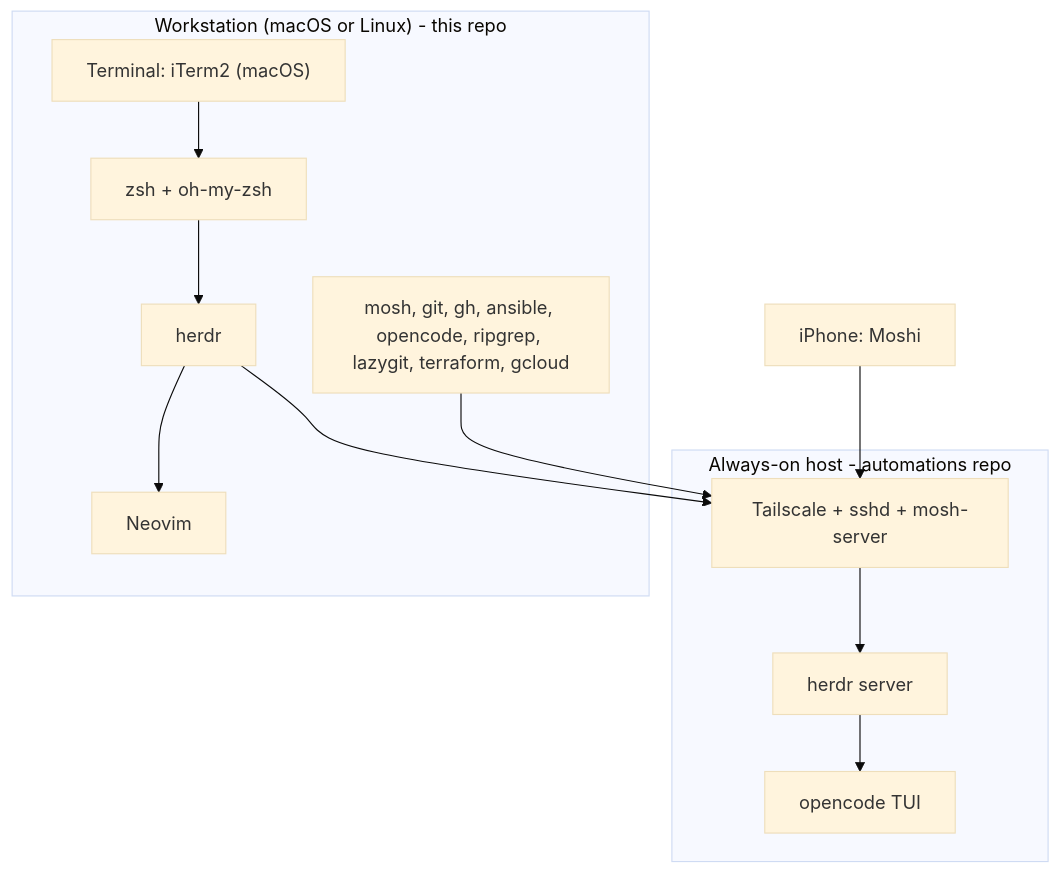
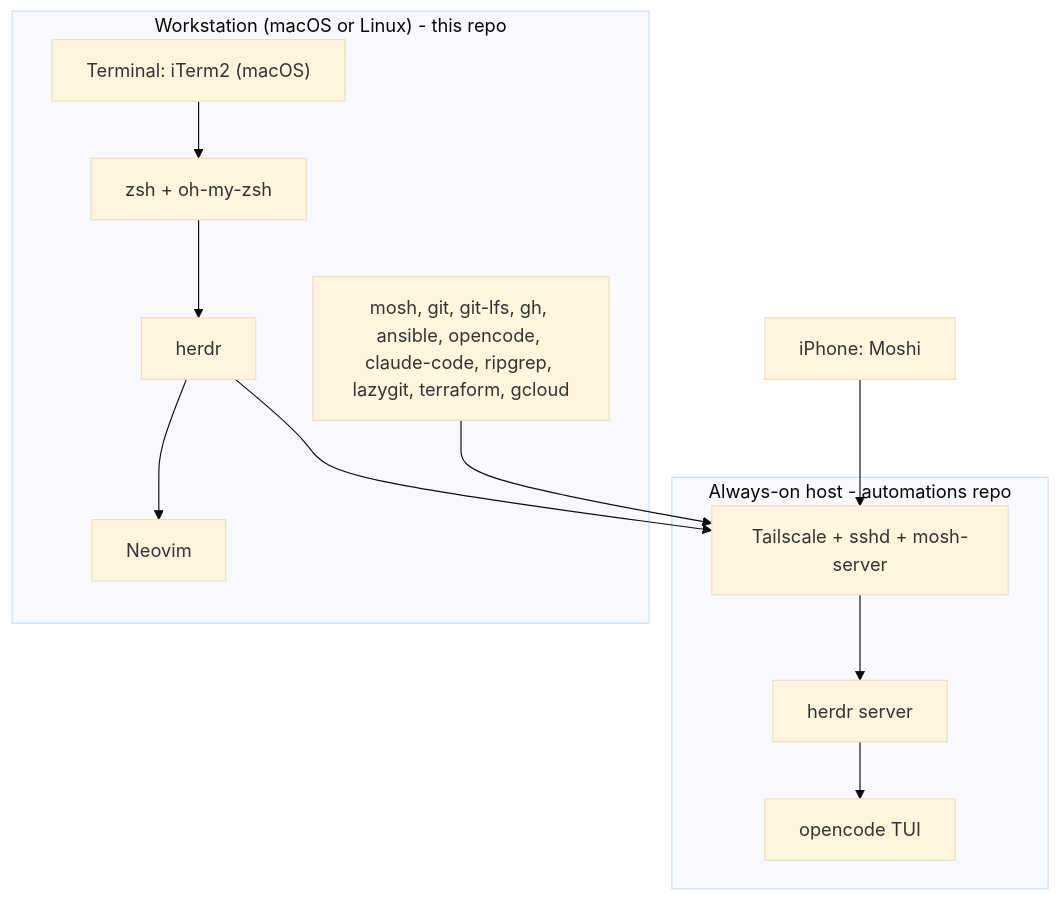
The diagram in docs/architecture.md (jkamenik/tui-ide), drawn with Mermaid (base theme) before and after one commit. The commit also changed 4 other files, not shown here.

First line of the commit message:
Add git-lfs and Claude Code, harden the installer

````diff
--- a/docs/architecture.md
+++ b/docs/architecture.md
@@ -21,26 +21,26 @@
 ```mermaid
 flowchart TB
     subgraph Workstation["Workstation (macOS or Linux) - this repo"]
         Term["Terminal: iTerm2 (macOS)"]
         Shell["zsh + oh-my-zsh"]
         Mux["herdr"]
         Edit["Neovim"]
-        Tools["mosh, git, gh, ansible, opencode, ripgrep, lazygit, terraform, gcloud"]
+        Tools["mosh, git, git-lfs, gh, ansible, opencode, claude-code, ripgrep, lazygit, terraform, gcloud"]
     end
 
     subgraph Remote["Always-on host - automations repo"]
         TSNet["Tailscale + sshd + mosh-server"]
         Hmux["herdr server"]
         Agent["opencode TUI"]
     end
 
     IOS["iPhone: Moshi"]
 
     Term --> Shell --> Mux
     Mux --> Edit
     Mux --> TSNet
     Tools --> TSNet
     IOS --> TSNet
     TSNet --> Hmux
     Hmux --> Agent
 ```
````
